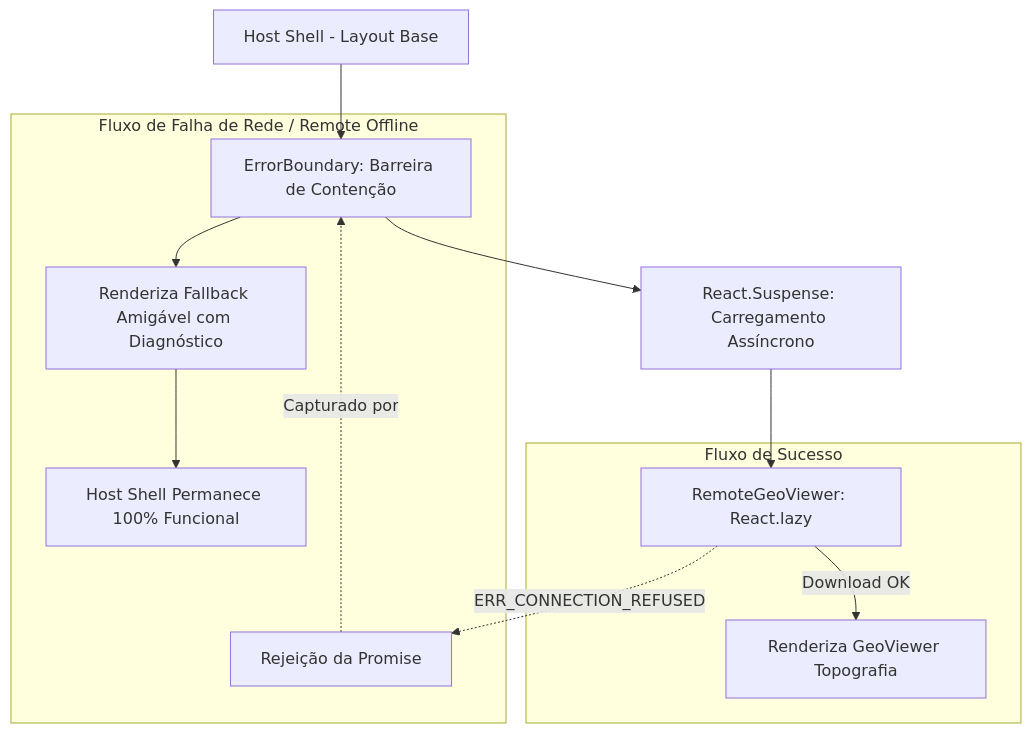
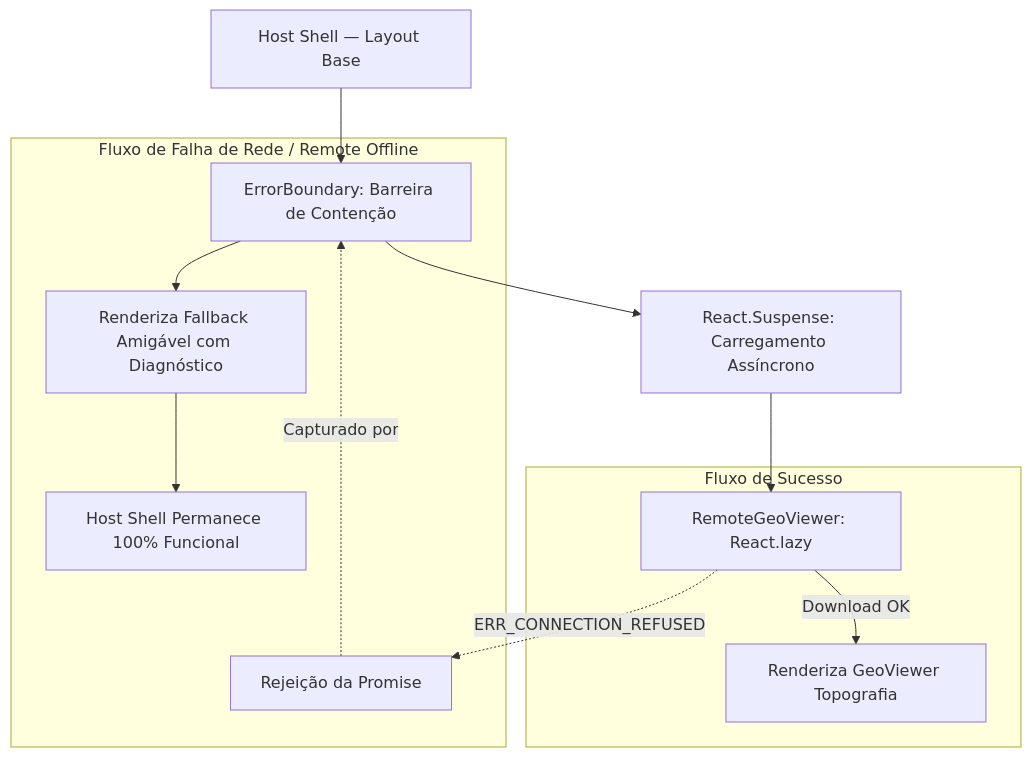
One commit to brunoardel/ArchLab changed the diagram in docs/RESILIENCIA_ERROR_BOUNDARY.md. Above: the diagram before and after it, drawn with Mermaid. The commit also changed other lines of this file and 10 other files, not shown here.

````diff
--- a/docs/RESILIENCIA_ERROR_BOUNDARY.md
+++ b/docs/RESILIENCIA_ERROR_BOUNDARY.md
@@ -48,17 +49,17 @@
 ```mermaid
 graph TD
-    A[Host Shell - Layout Base] --> B[ErrorBoundary: Barreira de Contenção]
-    B --> C[React.Suspense: Carregamento Assíncrono]
-    C --> D[RemoteGeoViewer: React.lazy]
+    A["Host Shell — Layout Base"] --> B["ErrorBoundary: Barreira de Contenção"]
+    B --> C["React.Suspense: Carregamento Assíncrono"]
+    C --> D["RemoteGeoViewer: React.lazy"]
     
-    subgraph Fluxo de Sucesso
-        D -->|Download OK| E[Renderiza GeoViewer Topografia]
+    subgraph Fluxo_Sucesso["Fluxo de Sucesso"]
+        D -->|Download OK| E["Renderiza GeoViewer Topografia"]
     end
     
-    subgraph Fluxo de Falha de Rede / Remote Offline
-        D -.->|ERR_CONNECTION_REFUSED| F[Rejeição da Promise]
+    subgraph Fluxo_Falha["Fluxo de Falha de Rede / Remote Offline"]
+        D -.->|ERR_CONNECTION_REFUSED| F["Rejeição da Promise"]
         F -.->|Capturado por| B
-        B --> G[Renderiza Fallback Amigável com Diagnóstico]
-        G --> H[Host Shell Permanece 100% Funcional]
+        B --> G["Renderiza Fallback Amigável com Diagnóstico"]
+        G --> H["Host Shell Permanece 100% Funcional"]
     end
 ```
````
